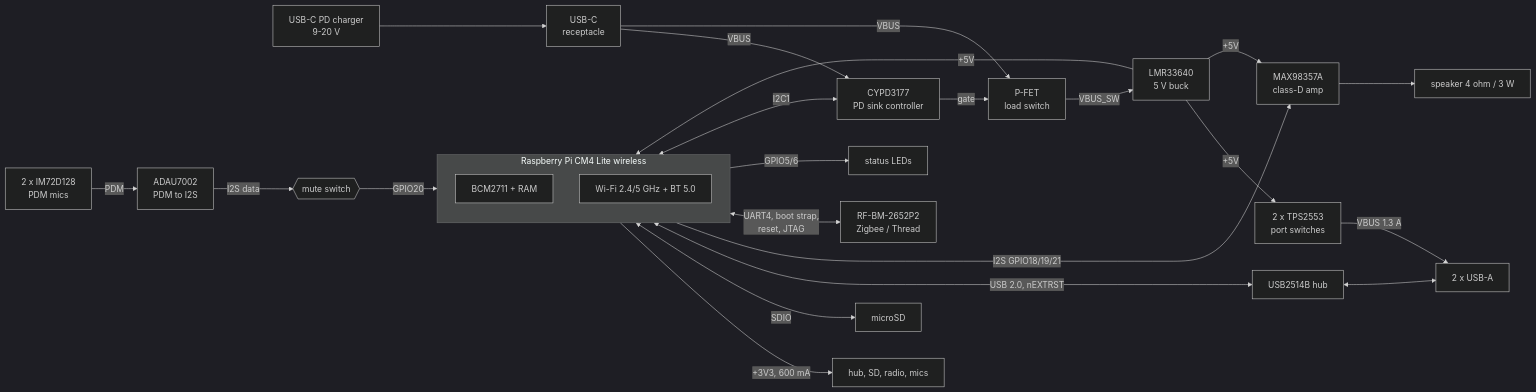
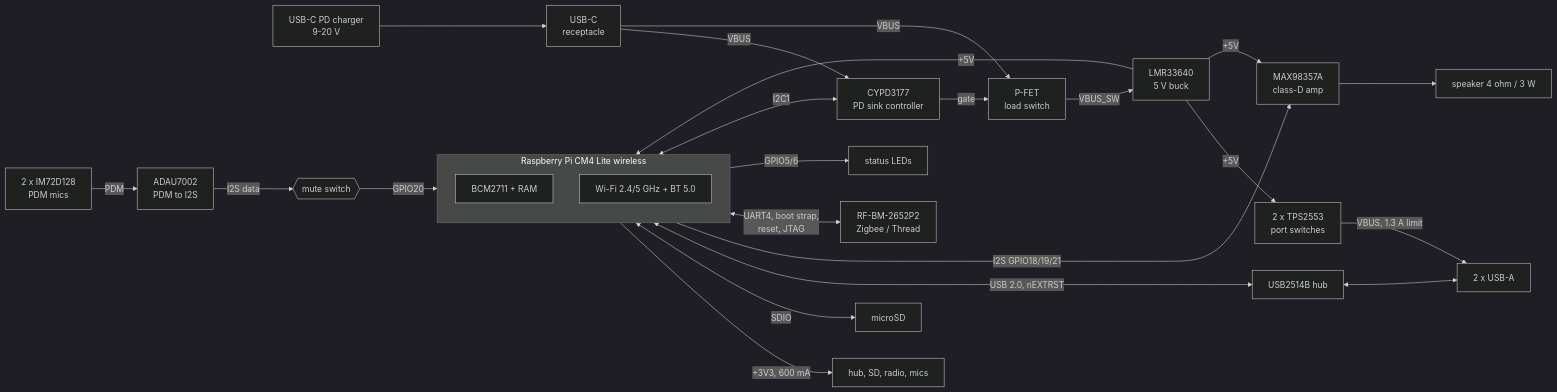
Before and after one commit to geilevideossos-gamedev/fable-sbc-test: the first of 2 diagrams in README.md, drawn with Mermaid (dark theme). The commit also changed other lines of this file and 40 other files, not shown here.

````diff
--- a/README.md
+++ b/README.md
@@ -63,32 +77,32 @@
 ```mermaid
 flowchart LR
     PD[USB-C PD charger<br/>9-20 V] --> J1[USB-C<br/>receptacle]
     J1 -->|VBUS| BCR[CYPD3177<br/>PD sink controller]
     J1 -->|VBUS| Q1[P-FET<br/>load switch]
     BCR -->|gate| Q1
     Q1 -->|VBUS_SW| BUCK[LMR33640<br/>5 V buck]
     BUCK -->|+5V| CM4
     BUCK -->|+5V| SW[2 x TPS2553<br/>port switches]
     BUCK -->|+5V| AMP[MAX98357A<br/>class-D amp]
 
     subgraph CM4[Raspberry Pi CM4 Lite wireless]
         SOC[BCM2711 + RAM]
         WIFI[Wi-Fi 2.4/5 GHz + BT 5.0]
     end
     CM4 -->|+3V3, 600 mA| LOADS[hub, SD, radio, mics]
 
     CM4 <-->|SDIO| SD[microSD]
     CM4 <-->|USB 2.0, nEXTRST| HUB[USB2514B hub]
     HUB <--> USBA[2 x USB-A]
-    SW -->|VBUS 1.3 A| USBA
+    SW -->|VBUS, 1.3 A limit| USBA
 
     MIC[2 x IM72D128<br/>PDM mics] -->|PDM| ADAU[ADAU7002<br/>PDM to I2S]
     ADAU -->|I2S data| MUTE{{mute switch}}
     MUTE -->|GPIO20| CM4
     CM4 -->|I2S GPIO18/19/21| AMP
     AMP --> SPK[speaker 4 ohm / 3 W]
 
     CM4 <-->|UART4, boot strap,<br/>reset, JTAG| ZB[RF-BM-2652P2<br/>Zigbee / Thread]
     CM4 -->|GPIO5/6| LED[status LEDs]
     CM4 <-->|I2C1| BCR
 ```
````
